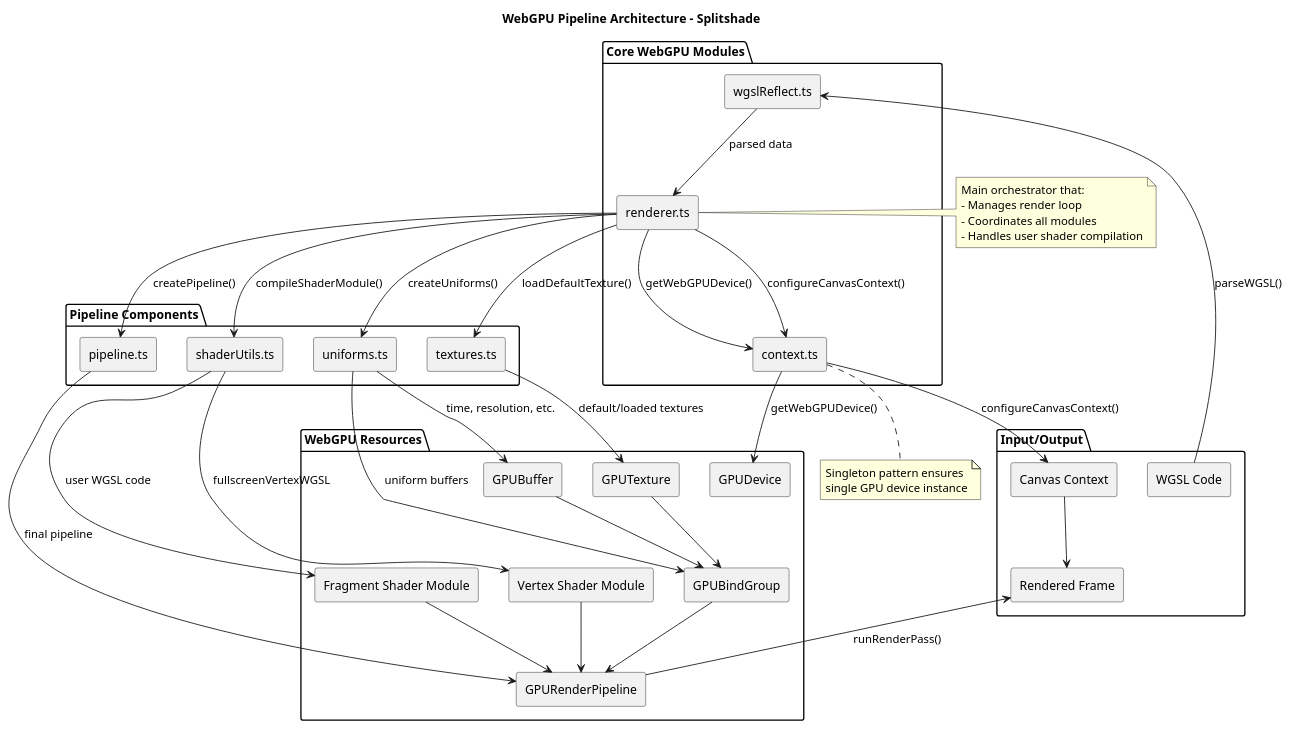
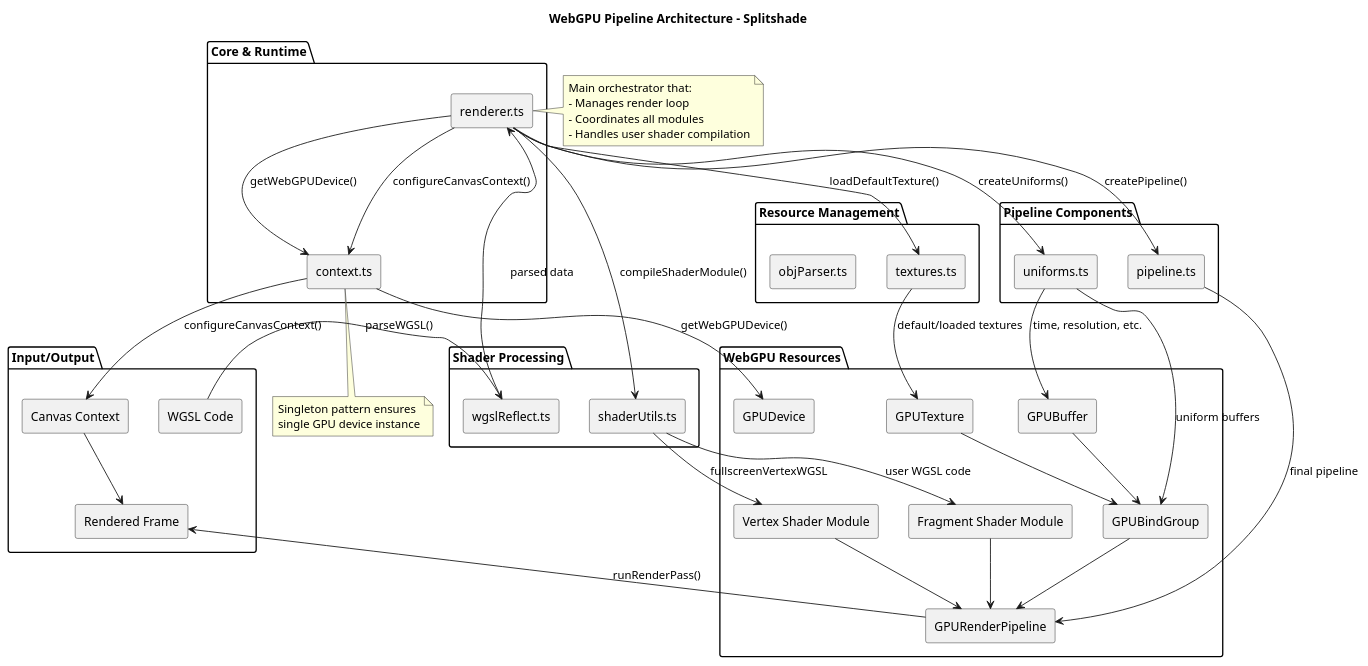
The diagram in assets/uml/ComponentDiagram.puml (AnuKritiW/splitshade), drawn with PlantUML before and after one commit.

Commit message:
Update UML diagram to match new source file structure.

```diff
--- a/assets/uml/ComponentDiagram.puml
+++ b/assets/uml/ComponentDiagram.puml
@@ -1,85 +1,92 @@
 @startuml
 ' !theme aws-orange
 skinparam componentStyle rectangle
 
 title WebGPU Pipeline Architecture - Splitshade
 
-package "Core WebGPU Modules" {
+package "Core & Runtime" {
   [context.ts] as Context
   [renderer.ts] as Renderer
+}
+
+package "Shader Processing" {
   [wgslReflect.ts] as Parser
+  [shaderUtils.ts] as Shaders
 }
 
 package "Pipeline Components" {
-  [shaderUtils.ts] as Shaders
   [uniforms.ts] as Uniforms
+  [pipeline.ts] as Pipeline
+}
+
+package "Resource Management" {
   [textures.ts] as Textures
-  [pipeline.ts] as Pipeline
+  [objParser.ts] as ObjParser
 }
 
 package "WebGPU Resources" {
   [Vertex Shader Module] as VertexShaderModule
   [Fragment Shader Module] as FragmentShaderModule
   [GPUBindGroup] as BindGroup
   [GPURenderPipeline] as RenderPipeline
   [GPUBuffer] as Buffer
   [GPUTexture] as Texture
   [GPUDevice] as Device
 }
 
 package "Input/Output" {
   component "WGSL Code" as WGSL
   component "Canvas Context" as Canvas
   component "Rendered Frame" as Frame
 }
 
 ' Main flow
 WGSL --> Parser : parseWGSL()
 Parser --> Renderer : parsed data
 
 ' Renderer uses context for setup
 Renderer --> Context : getWebGPUDevice()
 Renderer --> Context : configureCanvasContext()
 
 ' Context setup (what context.ts provides)
 Context --> Device : getWebGPUDevice()
 Context --> Canvas : configureCanvasContext()
 
 ' Renderer orchestrates everything
 Renderer --> Shaders : compileShaderModule()
 Renderer --> Uniforms : createUniforms()
 Renderer --> Textures : loadDefaultTexture()
 Renderer --> Pipeline : createPipeline()
 
 ' Resource creation
 Shaders --> VertexShaderModule : fullscreenVertexWGSL
 Shaders --> FragmentShaderModule : user WGSL code
 Uniforms --> BindGroup : uniform buffers
 Uniforms --> Buffer : time, resolution, etc.
 Textures --> Texture : default/loaded textures
 Pipeline --> RenderPipeline : final pipeline
 
 ' Dependencies for pipeline creation
 VertexShaderModule --> RenderPipeline
 FragmentShaderModule --> RenderPipeline
 BindGroup --> RenderPipeline
 Buffer --> BindGroup
 Texture --> BindGroup
 
 ' Final rendering
 RenderPipeline --> Frame : runRenderPass()
 Canvas --> Frame
 
 note right of Renderer
   Main orchestrator that:
   - Manages render loop
   - Coordinates all modules
   - Handles user shader compilation
 end note
 
 note bottom of Context
   Singleton pattern ensures
   single GPU device instance
 end note
 
 @enduml
```
